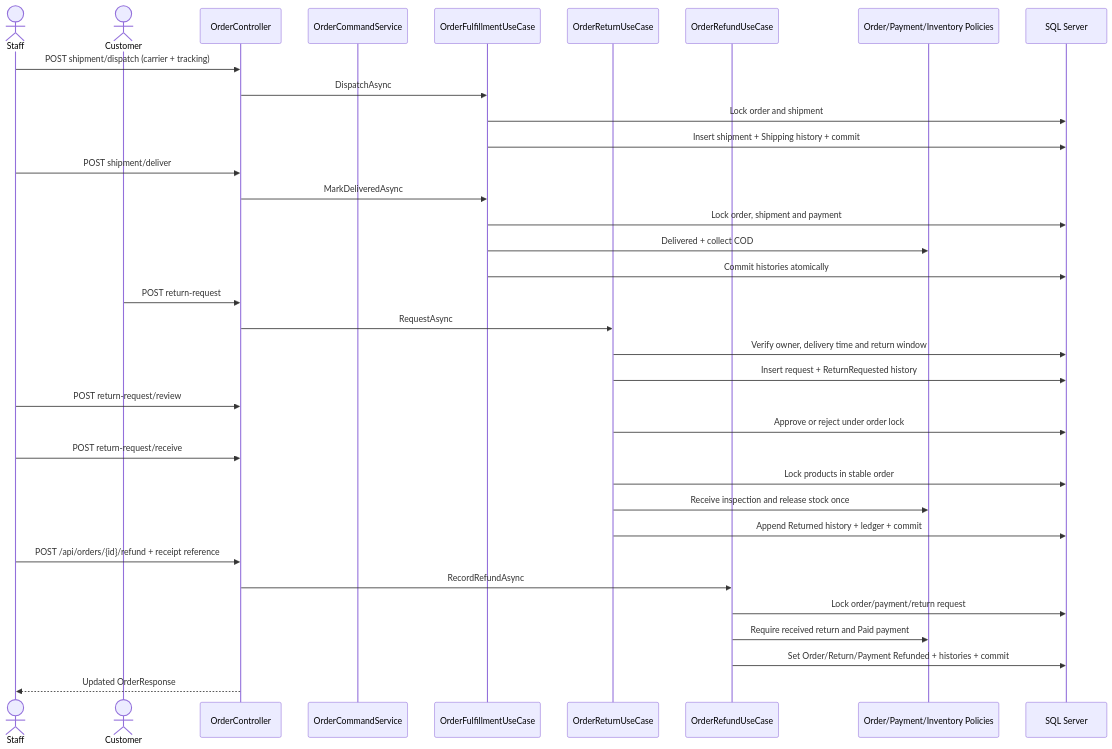
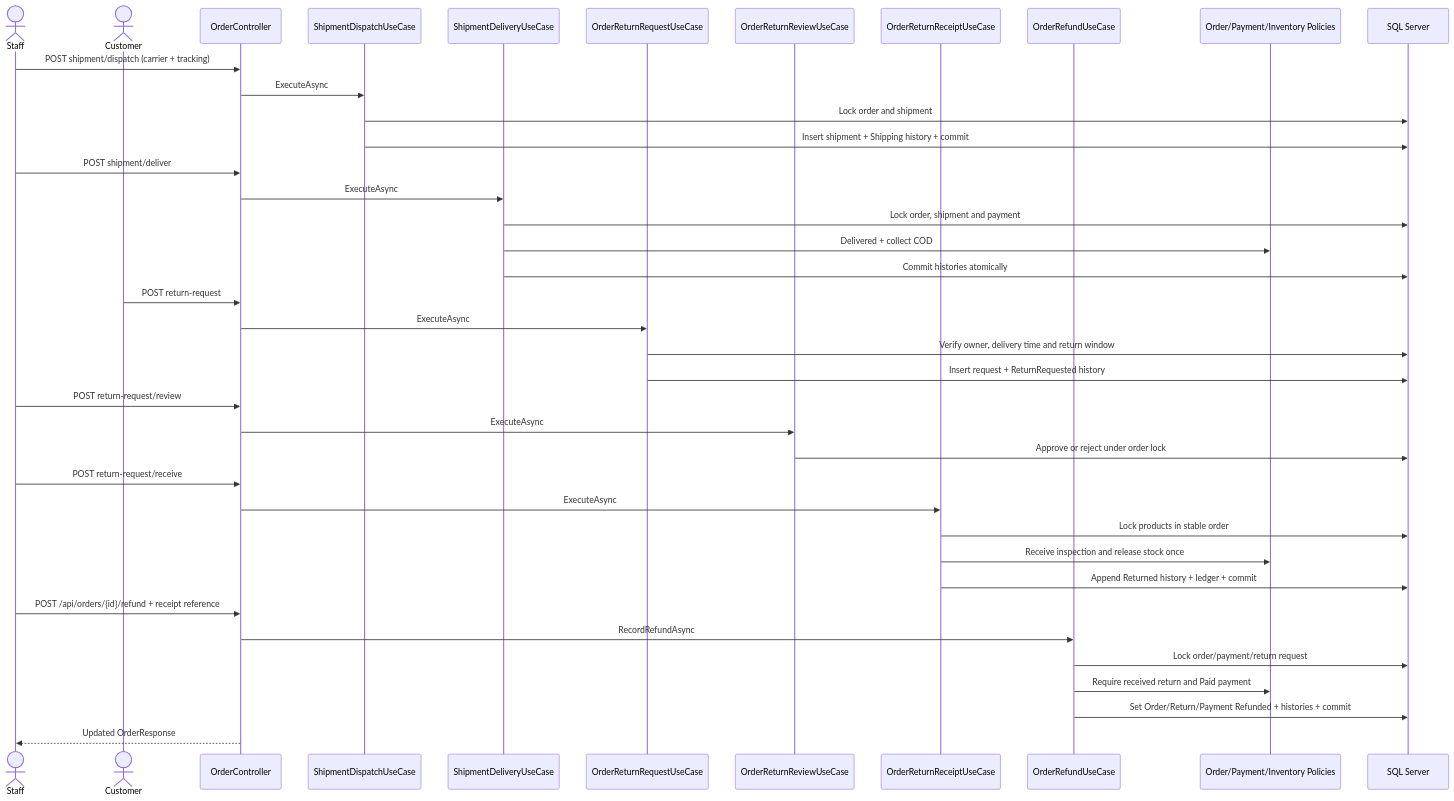
The third of 3 diagrams in docs/SEQUENCES.md (Giapnocap/ECommerceBackend), drawn with Mermaid before and after one commit. The commit also changed other lines of this file and 33 other files, not shown here.

````diff
--- a/docs/SEQUENCES.md
+++ b/docs/SEQUENCES.md
@@ -67,41 +67,45 @@
 ```mermaid
 sequenceDiagram
     actor Staff
     actor Customer
     participant API as OrderController
-    participant Commands as OrderCommandService
-    participant Fulfillment as OrderFulfillmentUseCase
-    participant Returns as OrderReturnUseCase
+    participant Dispatch as ShipmentDispatchUseCase
+    participant Delivery as ShipmentDeliveryUseCase
+    participant ReturnRequest as OrderReturnRequestUseCase
+    participant ReturnReview as OrderReturnReviewUseCase
+    participant ReturnReceipt as OrderReturnReceiptUseCase
     participant Refund as OrderRefundUseCase
     participant Rules as Order/Payment/Inventory Policies
     participant DB as SQL Server
 
     Staff->>API: POST shipment/dispatch (carrier + tracking)
-    API->>Fulfillment: DispatchAsync
-    Fulfillment->>DB: Lock order and shipment
-    Fulfillment->>DB: Insert shipment + Shipping history + commit
+    API->>Dispatch: ExecuteAsync
+    Dispatch->>DB: Lock order and shipment
+    Dispatch->>DB: Insert shipment + Shipping history + commit
 
     Staff->>API: POST shipment/deliver
-    API->>Fulfillment: MarkDeliveredAsync
-    Fulfillment->>DB: Lock order, shipment and payment
-    Fulfillment->>Rules: Delivered + collect COD
-    Fulfillment->>DB: Commit histories atomically
+    API->>Delivery: ExecuteAsync
+    Delivery->>DB: Lock order, shipment and payment
+    Delivery->>Rules: Delivered + collect COD
+    Delivery->>DB: Commit histories atomically
 
     Customer->>API: POST return-request
-    API->>Returns: RequestAsync
-    Returns->>DB: Verify owner, delivery time and return window
-    Returns->>DB: Insert request + ReturnRequested history
+    API->>ReturnRequest: ExecuteAsync
+    ReturnRequest->>DB: Verify owner, delivery time and return window
+    ReturnRequest->>DB: Insert request + ReturnRequested history
     Staff->>API: POST return-request/review
-    Returns->>DB: Approve or reject under order lock
+    API->>ReturnReview: ExecuteAsync
+    ReturnReview->>DB: Approve or reject under order lock
     Staff->>API: POST return-request/receive
-    Returns->>DB: Lock products in stable order
-    Returns->>Rules: Receive inspection and release stock once
-    Returns->>DB: Append Returned history + ledger + commit
+    API->>ReturnReceipt: ExecuteAsync
+    ReturnReceipt->>DB: Lock products in stable order
+    ReturnReceipt->>Rules: Receive inspection and release stock once
+    ReturnReceipt->>DB: Append Returned history + ledger + commit
 
     Staff->>API: POST /api/orders/{id}/refund + receipt reference
     API->>Refund: RecordRefundAsync
     Refund->>DB: Lock order/payment/return request
     Refund->>Rules: Require received return and Paid payment
     Refund->>DB: Set Order/Return/Payment Refunded + histories + commit
     API-->>Staff: Updated OrderResponse
 ```
````
